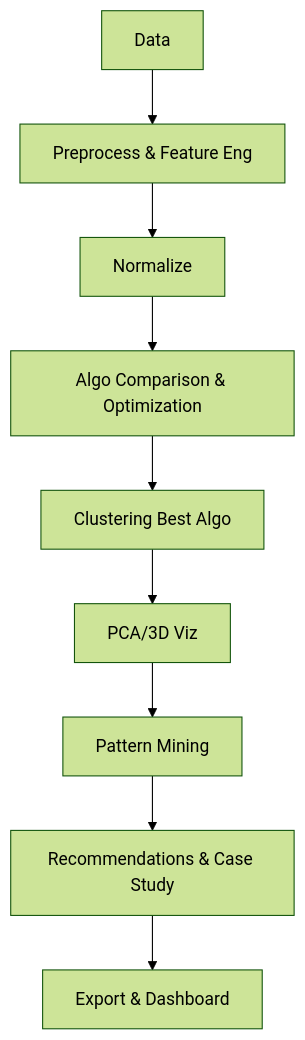
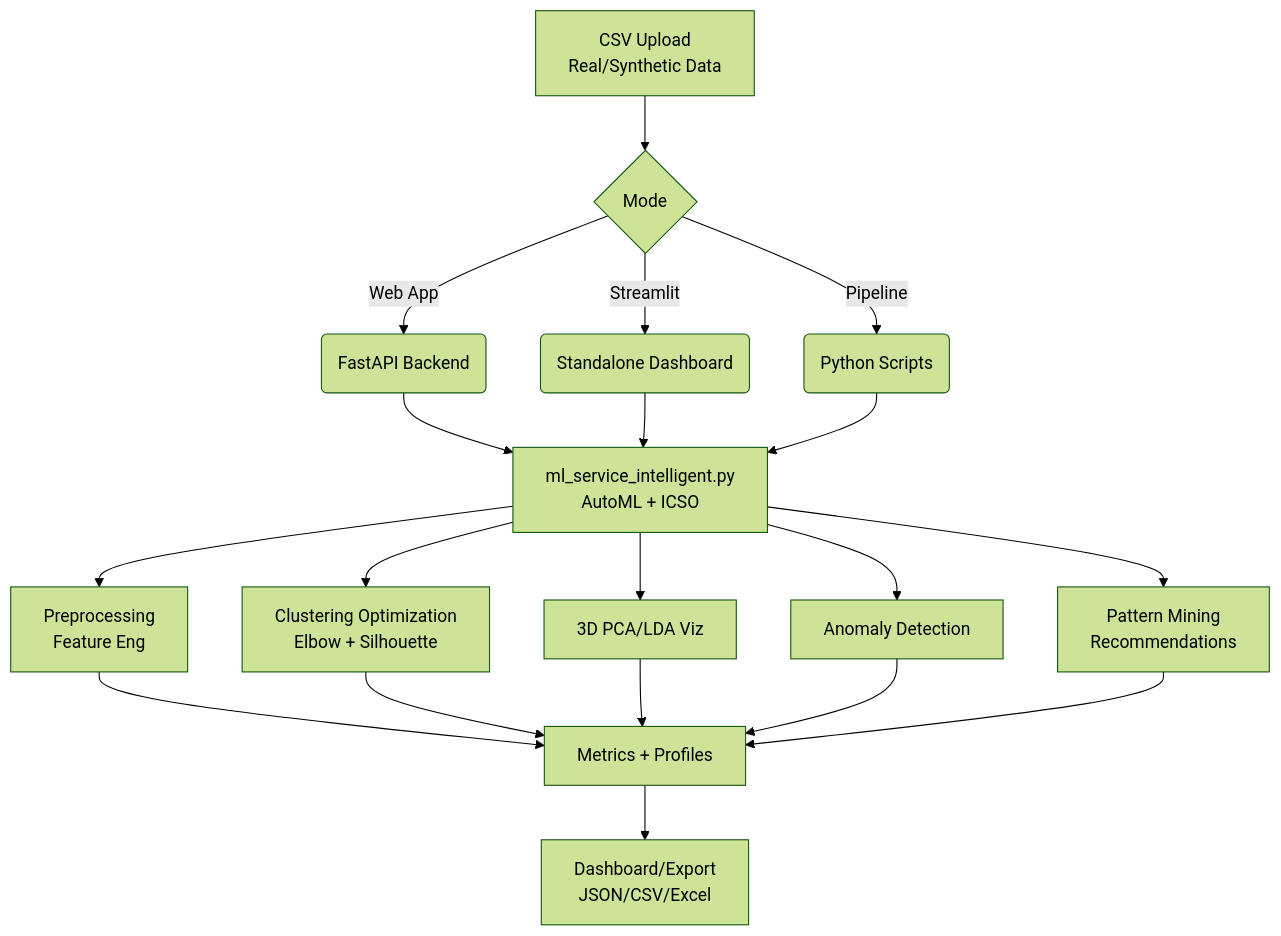
Before and after one commit to ai-mohitkumar/User-Behavior-Intelligence-Platform: the diagram in README.md, drawn with Mermaid (forest theme). The commit also changed other lines of this file and 27633 other files, not shown here.

Commit message:
Updated intelligent clustering system, dashboard, and backend improvements

````diff
--- a/README.md
+++ b/README.md
@@ -57,11 +66,25 @@
 ```mermaid
-graph TD
-    A[Data] --> B[Preprocess & Feature Eng]
-    B --> C[Normalize]
-    C --> D[Algo Comparison & Optimization]
-    D --> E[Clustering Best Algo]
-    E --> F[PCA/3D Viz]
-    F --> G[Pattern Mining]
-    G --> H[Recommendations & Case Study]
-    H --> I[Export & Dashboard]
+graph TB
+    A[CSV Upload<br/>Real/Synthetic Data] --> B{Mode}
+    B -->|Web App| C(FastAPI Backend)
+    B -->|Streamlit| D(Standalone Dashboard)
+    B -->|Pipeline| E(Python Scripts)
+    
+    C --> F[ml_service_intelligent.py<br/>AutoML + ICSO]
+    D --> F
+    E --> F
+    
+    F --> G[Preprocessing<br/>Feature Eng]
+    F --> H[Clustering Optimization<br/>Elbow + Silhouette]
+    F --> I[3D PCA/LDA Viz]
+    F --> J[Anomaly Detection]
+    F --> K[Pattern Mining<br/>Recommendations]
+    
+    G --> L[Metrics + Profiles]
+    H --> L
+    I --> L
+    J --> L
+    K --> L
+    
+    L --> M[Dashboard/Export<br/>JSON/CSV/Excel]
 ```
````
